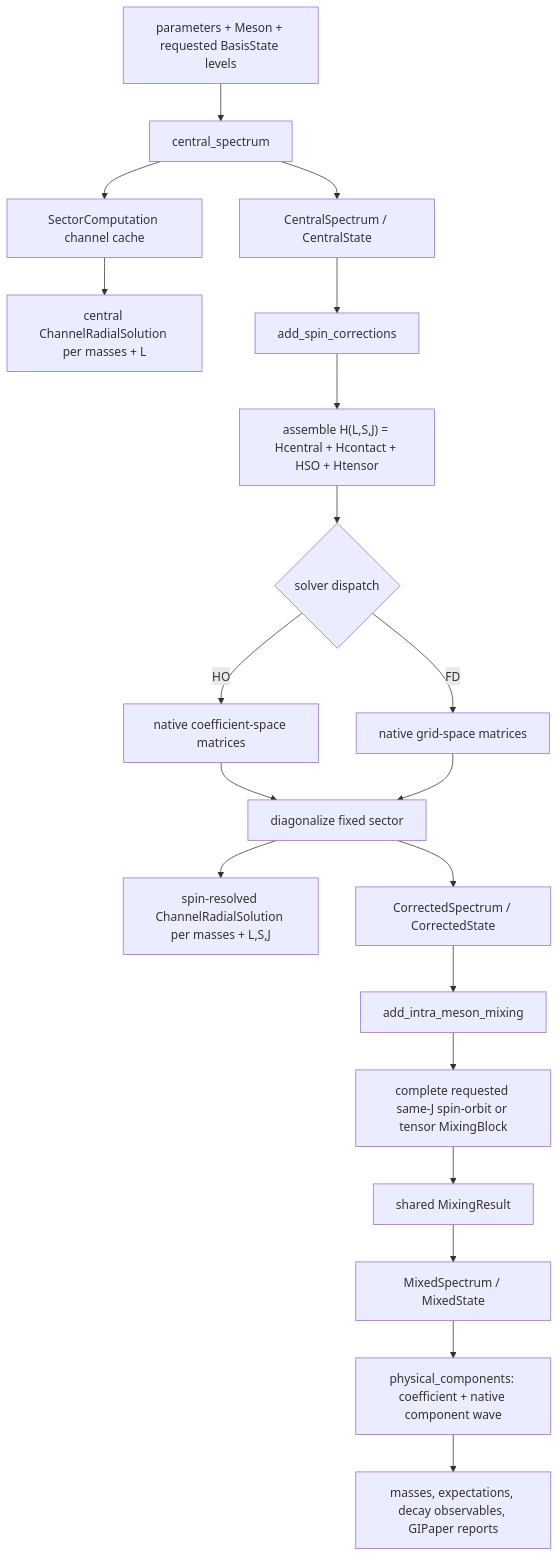
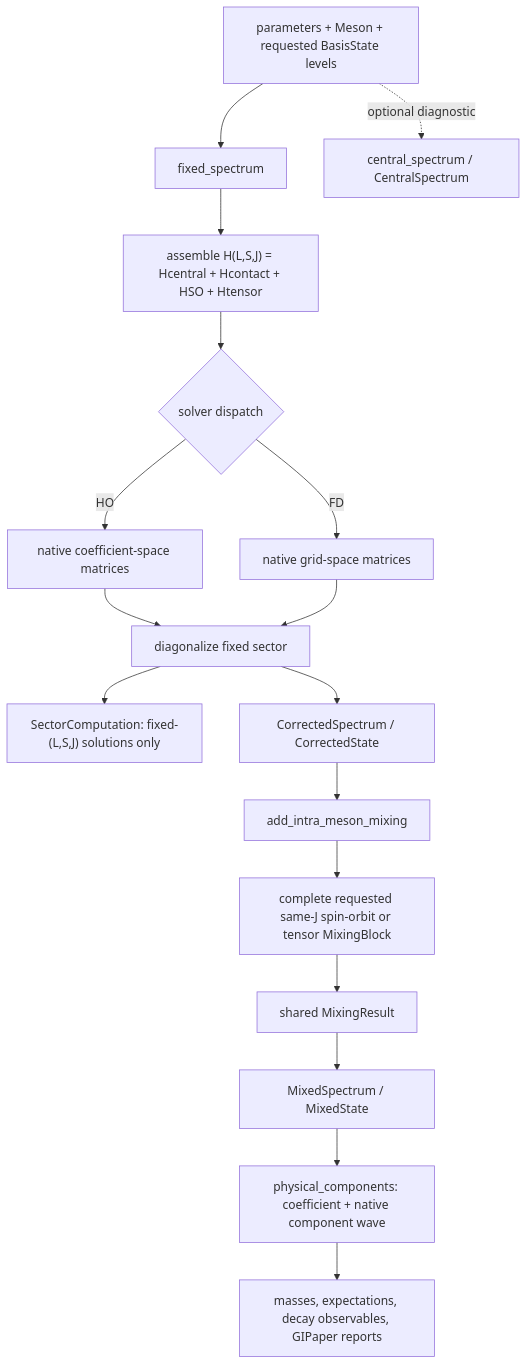
One commit to mmikhasenko/GIModel.jl changed the second of 2 diagrams in docs/code_architecture.md. Above: the diagram before and after it, drawn with Mermaid. The commit also changed other lines of this file and 24 other files, not shown here.

````diff
--- a/docs/code_architecture.md
+++ b/docs/code_architecture.md
@@ -57,22 +59,19 @@
 ```mermaid
 flowchart TD
-  I["parameters + Meson + requested BasisState levels"] --> C["central_spectrum"]
-  C --> CC["SectorComputation channel cache"]
-  CC --> CR["central ChannelRadialSolution per masses + L"]
-  C --> CS["CentralSpectrum / CentralState"]
-  CS --> A["add_spin_corrections"]
-  A --> H["assemble H(L,S,J) = Hcentral + Hcontact + HSO + Htensor"]
+  I["parameters + Meson + requested BasisState levels"] --> F["fixed_spectrum"]
+  I -. "optional diagnostic" .-> C["central_spectrum / CentralSpectrum"]
+  F --> H["assemble H(L,S,J) = Hcentral + Hcontact + HSO + Htensor"]
   H --> HD{"solver dispatch"}
   HD -->|"HO"| HM["native coefficient-space matrices"]
   HD -->|"FD"| FM["native grid-space matrices"]
   HM --> RS["diagonalize fixed sector"]
   FM --> RS
-  RS --> RC["spin-resolved ChannelRadialSolution per masses + L,S,J"]
+  RS --> RC["SectorComputation: fixed-(L,S,J) solutions only"]
   RS --> COR["CorrectedSpectrum / CorrectedState"]
   COR --> B["add_intra_meson_mixing"]
   B --> MB["complete requested same-J spin-orbit or tensor MixingBlock"]
   MB --> MR["shared MixingResult"]
   MR --> MS["MixedSpectrum / MixedState"]
   MS --> PC["physical_components: coefficient + native component wave"]
   PC --> OUT["masses, expectations, decay observables, GIPaper reports"]
 ```
````
